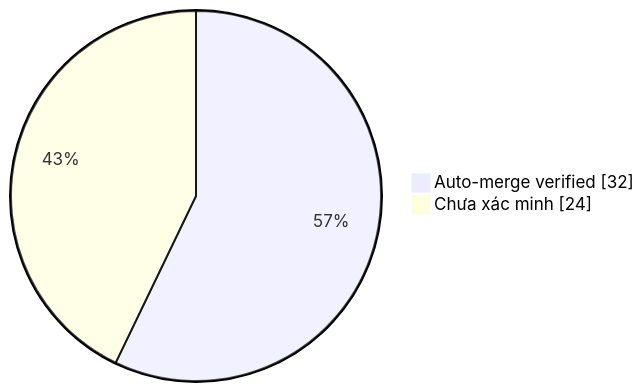
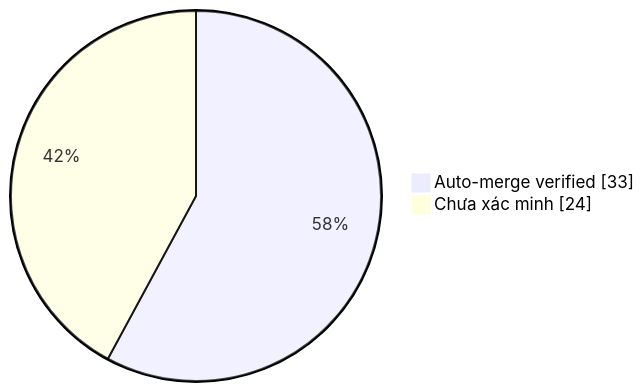
Before and after one commit to duykhang68/tetdinhmuiblog: the diagram in collector.md, drawn with Mermaid. The commit also changed other lines of this file and 1 other file, not shown here.

Commit message:
docs(collector): update auto-merge evidence dashboard

````diff
--- a/collector.md
+++ b/collector.md
@@ -22,5 +22,5 @@
 ```mermaid
 pie showData
-    "Auto-merge verified" : 32
+    "Auto-merge verified" : 33
     "Chưa xác minh" : 24
 ```
````
